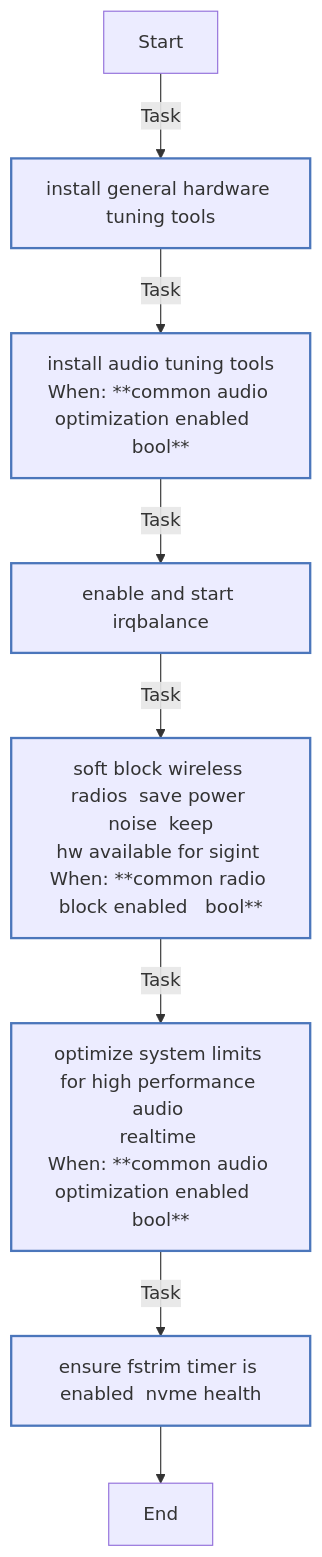
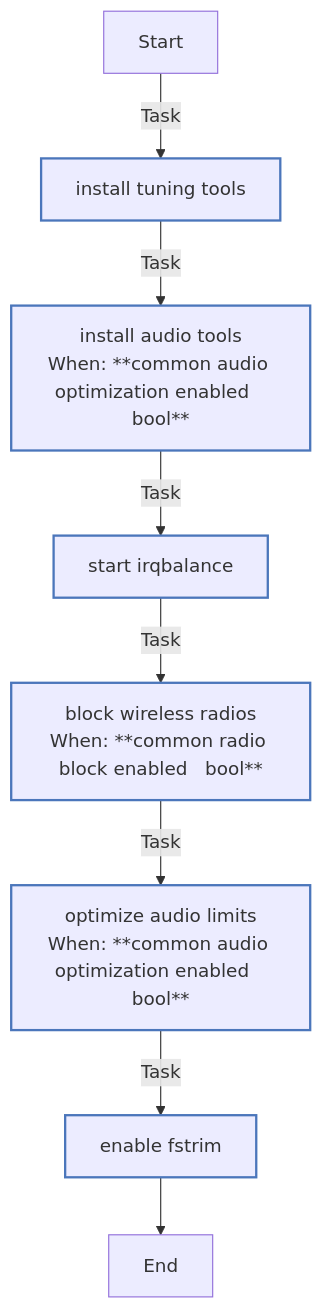
Before and after one commit to rou-cru/k3s-homelab: the second of 8 diagrams in roles/common/README.md, drawn with Mermaid. The commit also changed other lines of this file and 16 other files, not shown here.

````diff
--- a/roles/common/README.md
+++ b/roles/common/README.md
@@ -378,20 +378,20 @@
 ```mermaid
 flowchart TD
 Start
 classDef block stroke:#3498db,stroke-width:2px;
 classDef task stroke:#4b76bb,stroke-width:2px;
 classDef includeTasks stroke:#16a085,stroke-width:2px;
 classDef importTasks stroke:#34495e,stroke-width:2px;
 classDef includeRole stroke:#2980b9,stroke-width:2px;
 classDef importRole stroke:#699ba7,stroke-width:2px;
 classDef includeVars stroke:#8e44ad,stroke-width:2px;
 classDef rescue stroke:#665352,stroke-width:2px;
 
-  Start-->|Task| Install_General_Hardware_Tuning_Tools0[install general hardware tuning tools]:::task
-  Install_General_Hardware_Tuning_Tools0-->|Task| Install_Audio_Tuning_Tools1[install audio tuning tools<br>When: **common audio optimization enabled   bool**]:::task
-  Install_Audio_Tuning_Tools1-->|Task| Enable_and_start_irqbalance2[enable and start irqbalance]:::task
-  Enable_and_start_irqbalance2-->|Task| Soft_block_Wireless_Radios__Save_power_noise__keep_HW_available_for_SIGINT_3[soft block wireless radios  save power noise  keep<br>hw available for sigint <br>When: **common radio block enabled   bool**]:::task
-  Soft_block_Wireless_Radios__Save_power_noise__keep_HW_available_for_SIGINT_3-->|Task| Optimize_System_Limits_for_High_Performance_Audio__Realtime_4[optimize system limits for high performance audio <br>realtime <br>When: **common audio optimization enabled   bool**]:::task
-  Optimize_System_Limits_for_High_Performance_Audio__Realtime_4-->|Task| Ensure_fstrim_timer_is_enabled__NVMe_Health_5[ensure fstrim timer is enabled  nvme health ]:::task
-  Ensure_fstrim_timer_is_enabled__NVMe_Health_5-->End
+  Start-->|Task| Install_tuning_tools0[install tuning tools]:::task
+  Install_tuning_tools0-->|Task| Install_audio_tools1[install audio tools<br>When: **common audio optimization enabled   bool**]:::task
+  Install_audio_tools1-->|Task| Start_irqbalance2[start irqbalance]:::task
+  Start_irqbalance2-->|Task| Block_wireless_radios3[block wireless radios<br>When: **common radio block enabled   bool**]:::task
+  Block_wireless_radios3-->|Task| Optimize_audio_limits4[optimize audio limits<br>When: **common audio optimization enabled   bool**]:::task
+  Optimize_audio_limits4-->|Task| Enable_fstrim5[enable fstrim]:::task
+  Enable_fstrim5-->End
 ```
````
